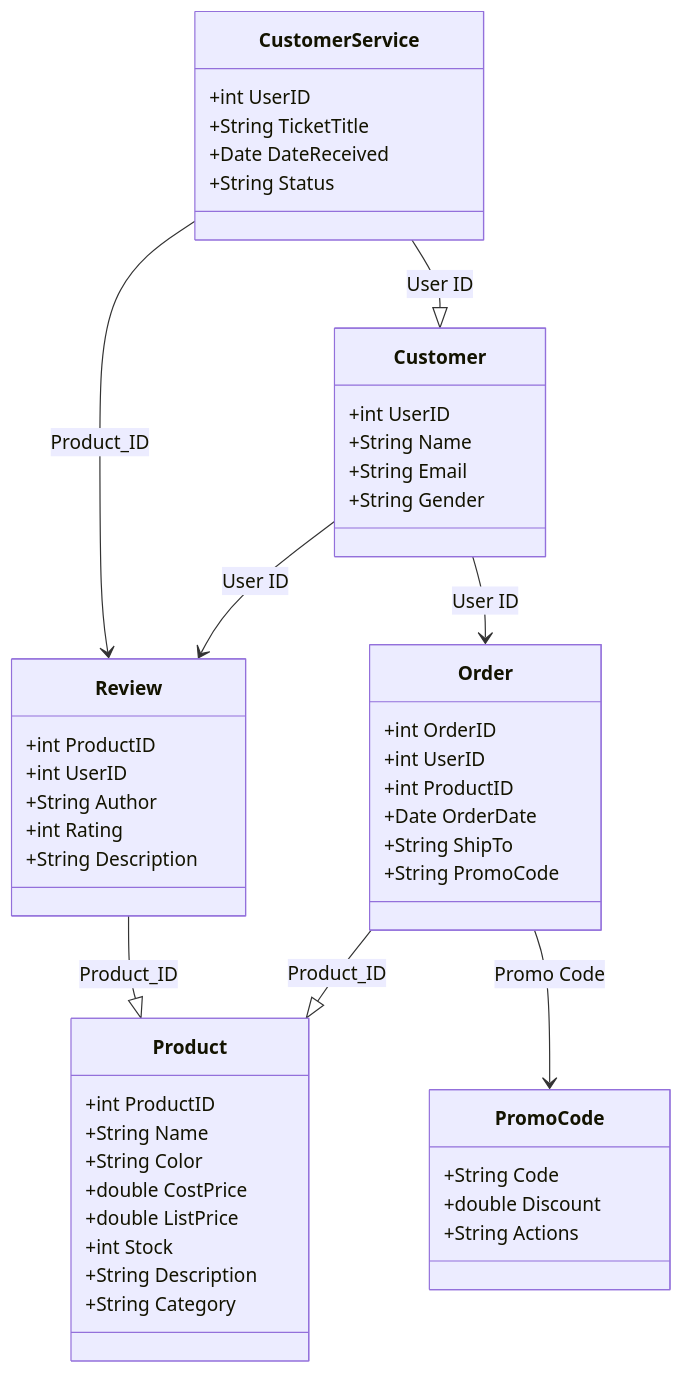
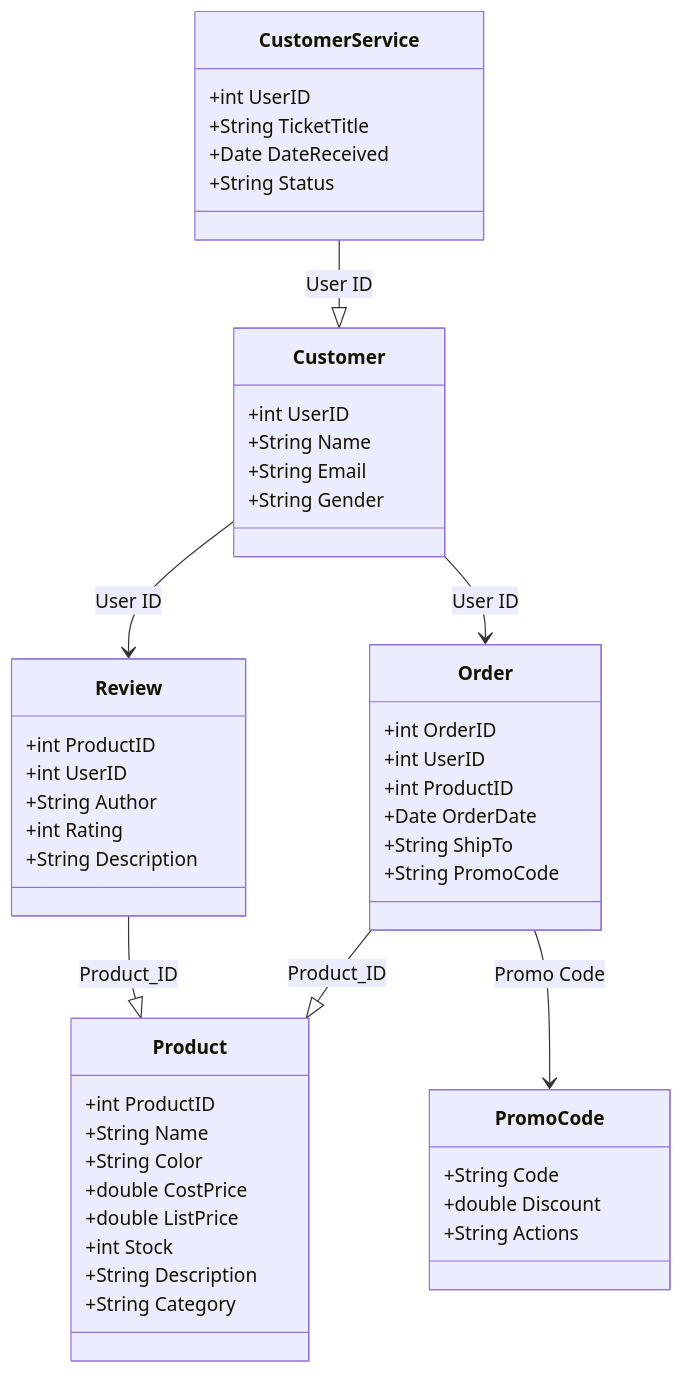
Before and after one commit to Confunius/EcoFashion-Hub: the first of 4 diagrams in README.md, drawn with Mermaid.

````diff
--- a/README.md
+++ b/README.md
@@ -141,58 +141,57 @@
 ```mermaid
 classDiagram
     class CustomerService {
         +int UserID
         +String TicketTitle
         +Date DateReceived
         +String Status
     }
 
     class Customer {
         +int UserID
         +String Name
         +String Email
         +String Gender
     }
 
     class Review {
         +int ProductID
         +int UserID
         +String Author
         +int Rating
         +String Description
     }
 
     class Product {
         +int ProductID
         +String Name
         +String Color
         +double CostPrice
         +double ListPrice
         +int Stock
         +String Description
         +String Category
     }
 
     class Order {
         +int OrderID
         +int UserID
         +int ProductID
         +Date OrderDate
         +String ShipTo
         +String PromoCode
     }
 
     class PromoCode {
         +String Code
         +double Discount
         +String Actions
     }
 
     CustomerService --|> Customer : User ID
-    CustomerService --> Review : Product_ID
     Customer --> Review : User ID
     Customer --> Order : User ID
     Review --|> Product : Product_ID
     Order --|> Product : Product_ID
     Order --> PromoCode : Promo Code
 ```
````
